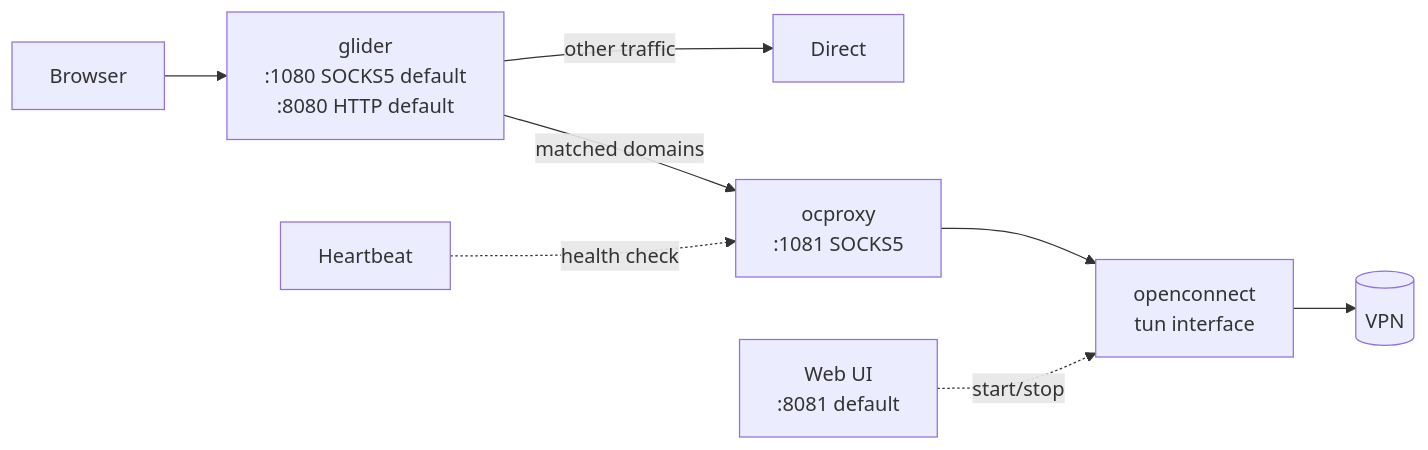
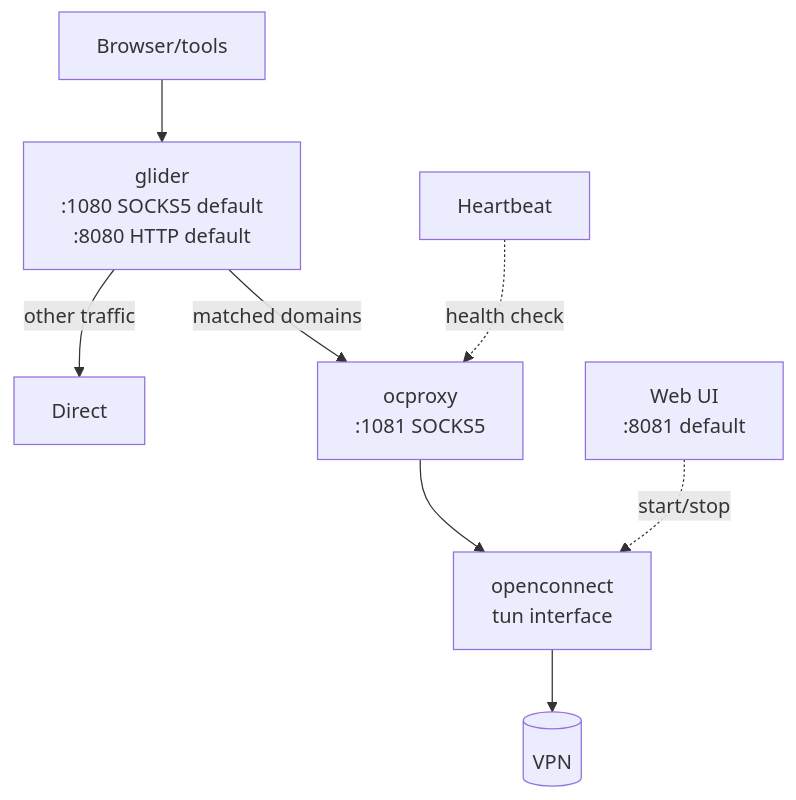
One commit to fardjad/openconnect-proxy-manager changed the diagram in README.md. Above: the diagram before and after it, drawn with Mermaid.

Commit message:
Update architecture diagram

````diff
--- a/README.md
+++ b/README.md
@@ -25,10 +25,10 @@
 ```mermaid
-flowchart LR
-    A[Browser] --> B["glider<br/>:1080 SOCKS5 default<br/>:8080 HTTP default"]
+flowchart TB
+    A[Browser/tools] --> B["glider<br/>:1080 SOCKS5 default<br/>:8080 HTTP default"]
     B -->|matched domains| C[ocproxy<br/>:1081 SOCKS5]
     B -->|other traffic| D[Direct]
     C --> E[openconnect<br/>tun interface]
     E --> F[(VPN)]
     G[Web UI<br/>:8081 default] -.->|start/stop| E
     H[Heartbeat] -.->|health check| C
 ```
````
